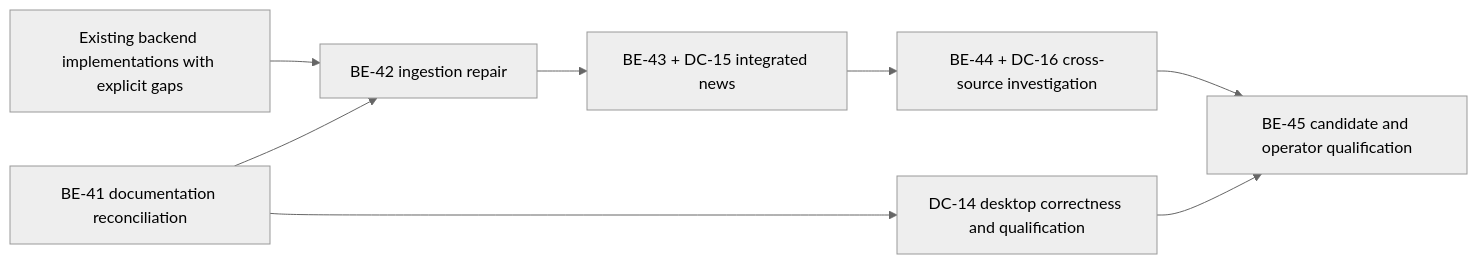
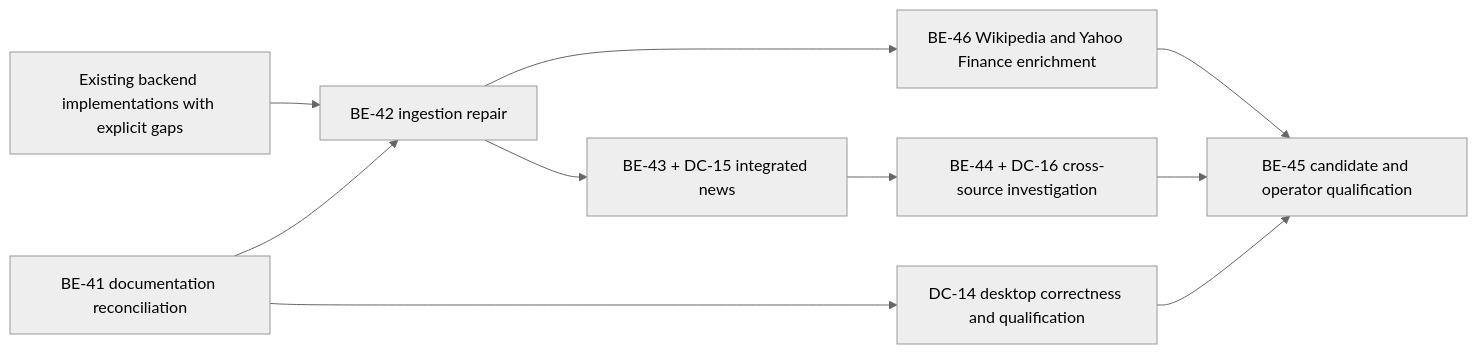
One commit to playa77/limes changed the diagram in docs/ROADMAP.md. Above: the diagram before and after it, drawn with Mermaid (neutral theme). The commit also changed other lines of this file and 10 other files, not shown here.

Commit message:
docs: plan Wikipedia and Yahoo Finance entity enrichment

````diff
--- a/docs/ROADMAP.md
+++ b/docs/ROADMAP.md
@@ -48,10 +71,12 @@
 ```mermaid
 flowchart LR
     B[Existing backend implementations with explicit gaps] --> R[BE-42 ingestion repair]
     A[BE-41 documentation reconciliation] --> R
     A --> D[DC-14 desktop correctness and qualification]
+    R --> E[BE-46 Wikipedia and Yahoo Finance enrichment]
     R --> N[BE-43 + DC-15 integrated news]
     N --> X[BE-44 + DC-16 cross-source investigation]
     X --> Q[BE-45 candidate and operator qualification]
     D --> Q
+    E --> Q
 ```
````
